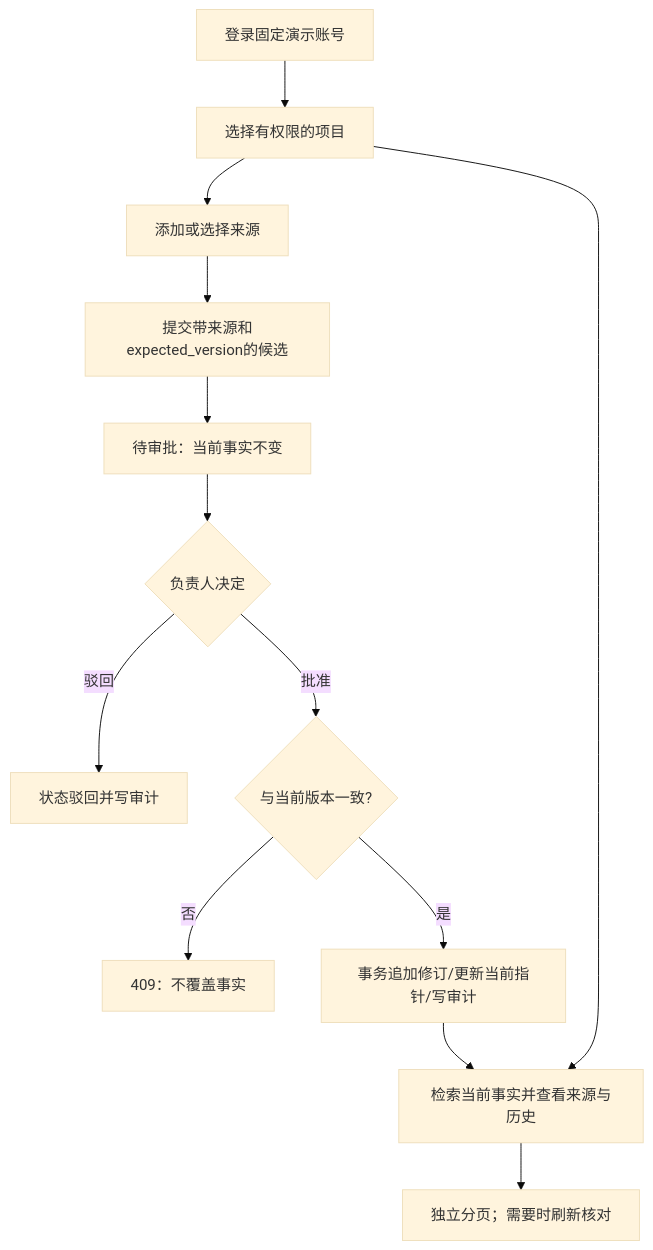
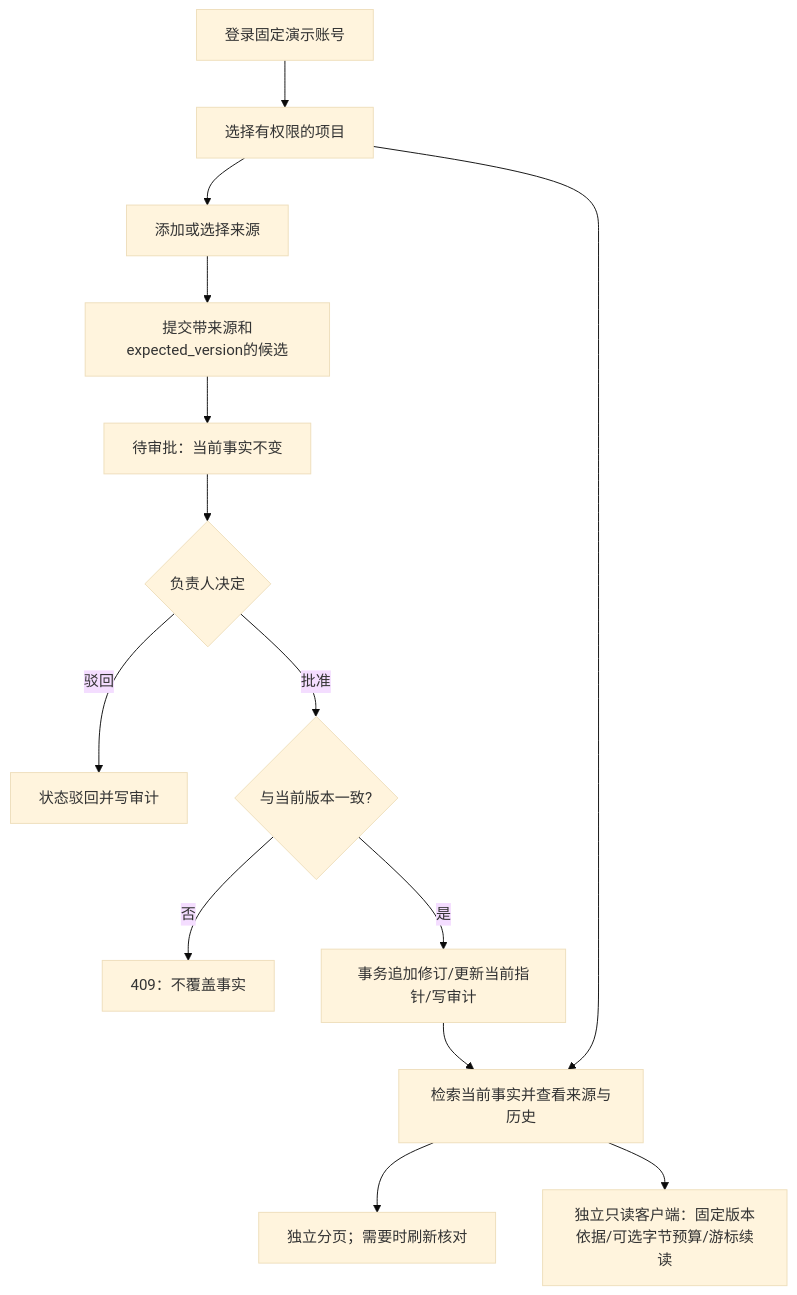
The diagram in docs/submission-report.md (chuali-zi/memz), drawn with Mermaid (base theme) before and after one commit. The commit also changed other lines of this file and 9 other files, not shown here.

````diff
--- a/docs/submission-report.md
+++ b/docs/submission-report.md
@@ -15,15 +15,16 @@
 ```mermaid
 flowchart TD
   Login[登录固定演示账号] --> Scope[选择有权限的项目]
   Scope --> Source[添加或选择来源]
   Source --> Proposal[提交带来源和expected_version的候选]
   Proposal --> Pending[待审批：当前事实不变]
   Pending --> Decision{负责人决定}
   Decision -->|驳回| Reject[状态驳回并写审计]
   Decision -->|批准| Version{与当前版本一致?}
   Version -->|否| Conflict[409：不覆盖事实]
   Version -->|是| Commit[事务追加修订/更新当前指针/写审计]
   Commit --> Read[检索当前事实并查看来源与历史]
   Scope --> Read
   Read --> Pages[独立分页；需要时刷新核对]
+  Read --> Agent[独立只读客户端：固定版本依据/可选字节预算/游标续读]
 ```
````
